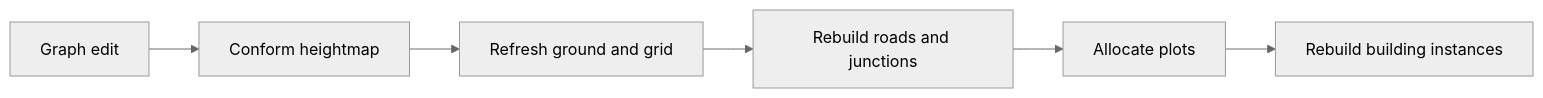
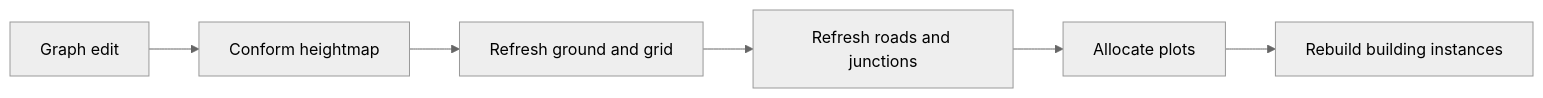
The diagram in logics/architecture/adr_003_rebuild_terrain_roads_plots_and_buildings_as_derived_views.md (AlexAgo83/city-jump), drawn with Mermaid (neutral theme) before and after one commit. The commit also changed other lines of this file and 10 other files, not shown here.

````diff
--- a/logics/architecture/adr_003_rebuild_terrain_roads_plots_and_buildings_as_derived_views.md
+++ b/logics/architecture/adr_003_rebuild_terrain_roads_plots_and_buildings_as_derived_views.md
@@ -15,8 +17,8 @@
 ```mermaid
 flowchart LR
   edit[Graph edit] --> conform[Conform heightmap]
   conform --> ground[Refresh ground and grid]
-  ground --> roads[Rebuild roads and junctions]
+  ground --> roads[Refresh roads and junctions]
   roads --> plots[Allocate plots]
   plots --> buildings[Rebuild building instances]
 ```
````
